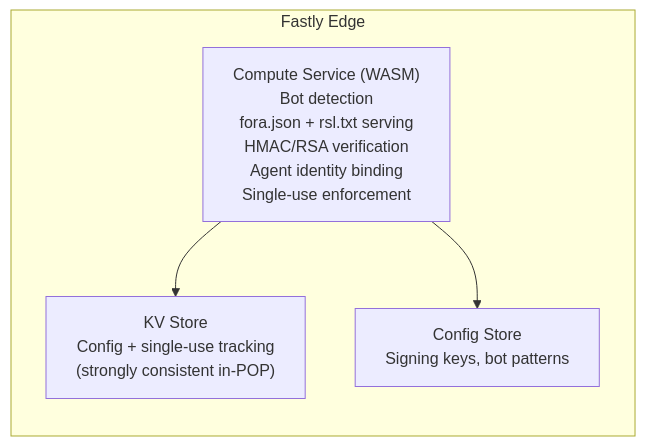
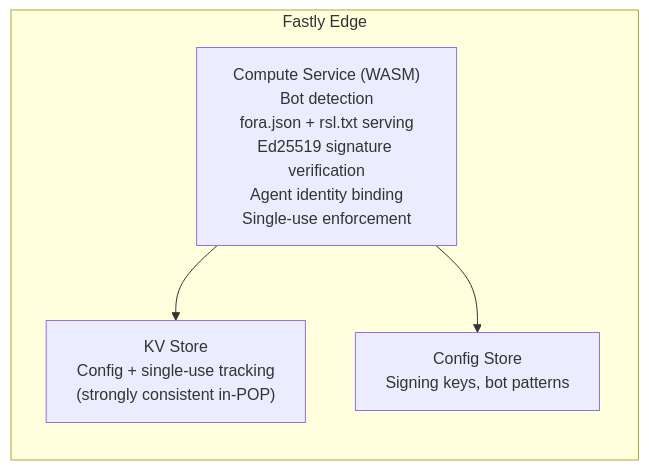
One commit to FORA-Protocol/protocol changed the third of 3 diagrams in website/src/content/docs/components/edge-function/cdn-adapters.mdx. Above: the diagram before and after it, drawn with Mermaid. The commit also changed other lines of this file and 201 other files, not shown here.

````diff
--- a/website/src/content/docs/components/edge-function/cdn-adapters.mdx
+++ b/website/src/content/docs/components/edge-function/cdn-adapters.mdx
@@ -307,11 +274,11 @@
 ```mermaid
 graph LR
     subgraph "Fastly Edge"
-        COMPUTE["Compute Service (WASM)<br/>Bot detection<br/>fora.json + rsl.txt serving<br/>HMAC/RSA verification<br/>Agent identity binding<br/>Single-use enforcement"]
+        COMPUTE["Compute Service (WASM)<br/>Bot detection<br/>fora.json + rsl.txt serving<br/>Ed25519 signature verification<br/>Agent identity binding<br/>Single-use enforcement"]
         KV_STORE["KV Store<br/>Config + single-use tracking<br/>(strongly consistent in-POP)"]
         CONFIG_STORE["Config Store<br/>Signing keys, bot patterns"]
     end
 
     COMPUTE --> KV_STORE
     COMPUTE --> CONFIG_STORE
 ```
````
